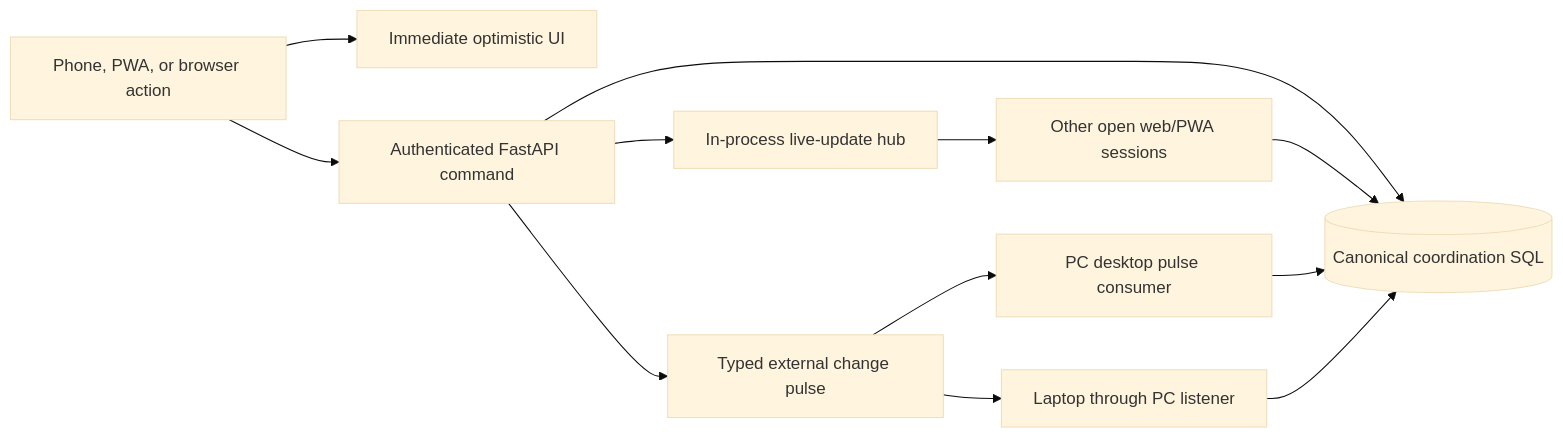
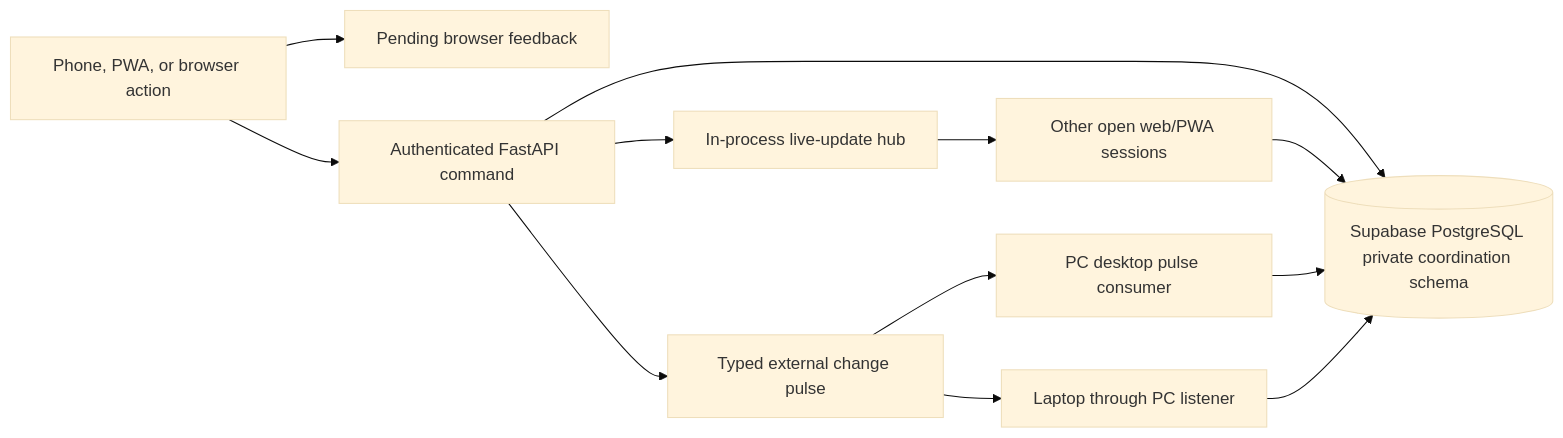
One commit to cafe-auvers/quant_app changed the diagram in docs/web_operator_sync.md. Above: the diagram before and after it, drawn with Mermaid (base theme). The commit also changed other lines of this file and 49 other files, not shown here.

````diff
--- a/docs/web_operator_sync.md
+++ b/docs/web_operator_sync.md
@@ -34,14 +42,14 @@
 ```mermaid
 flowchart LR
-    A[Phone, PWA, or browser action] --> B[Immediate optimistic UI]
+    A[Phone, PWA, or browser action] --> B[Pending browser feedback]
     A --> C[Authenticated FastAPI command]
-    C --> D[(Canonical coordination SQL)]
+    C --> D[(Supabase PostgreSQL private coordination schema)]
     C --> E[In-process live-update hub]
     E --> F[Other open web/PWA sessions]
     F --> D
     C --> G[Typed external change pulse]
     G --> H[PC desktop pulse consumer]
     G --> I[Laptop through PC listener]
     H --> D
     I --> D
 ```
````
